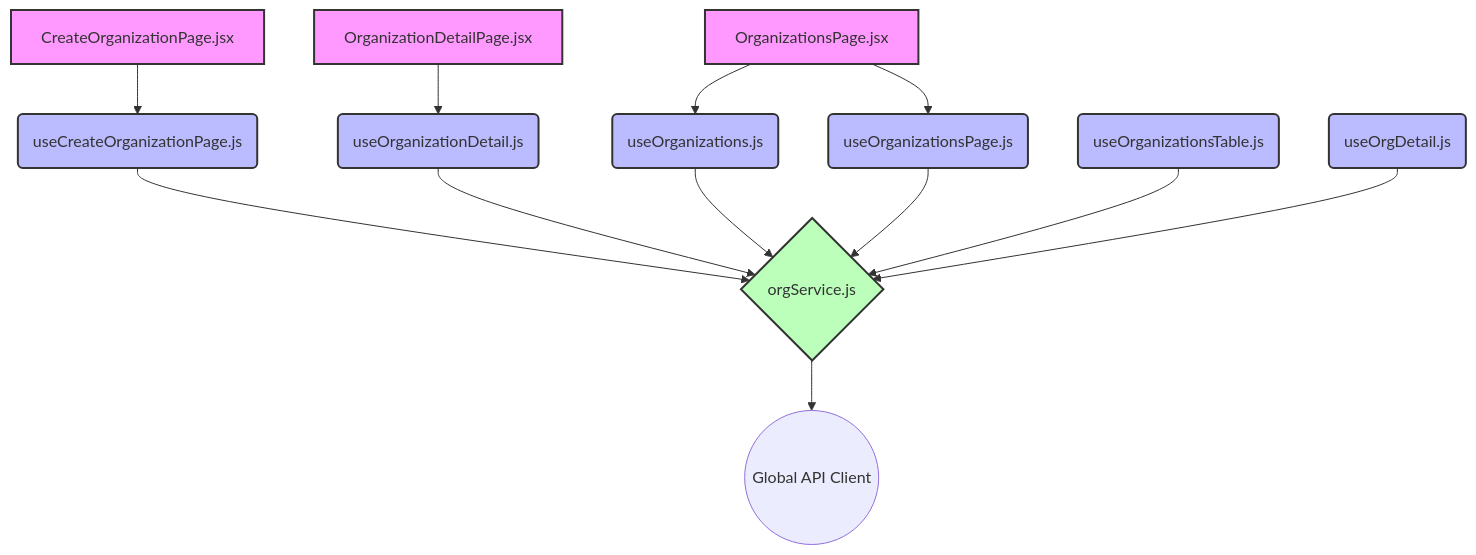
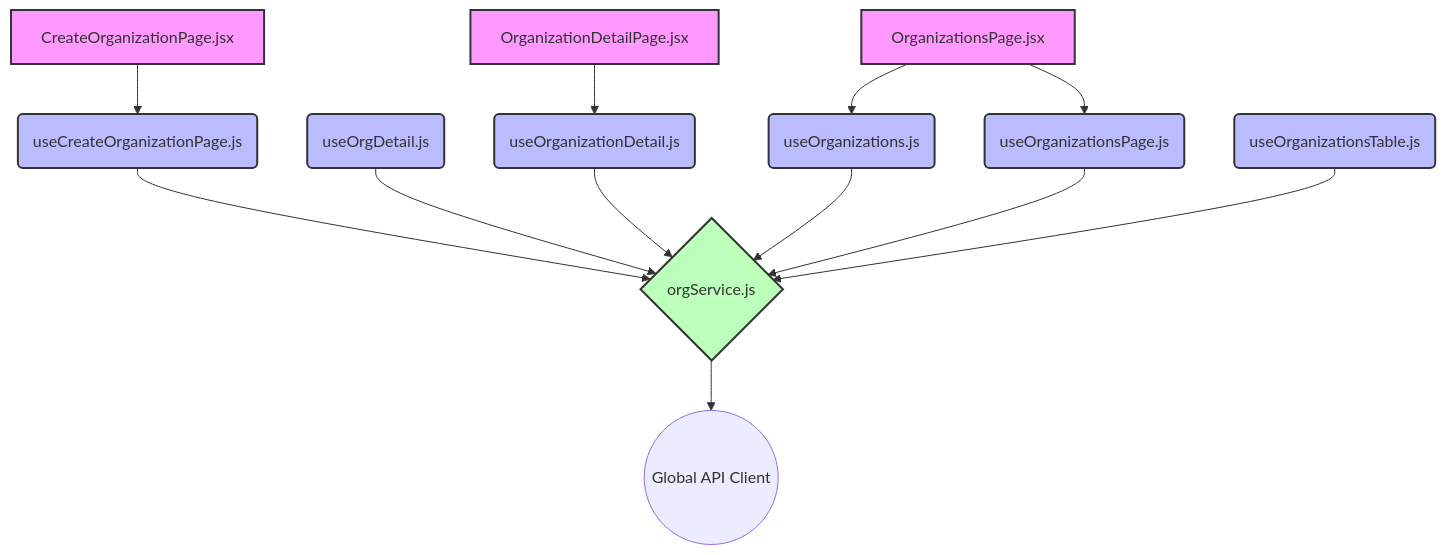
Before and after one commit to nexowebai/nexo-superadmin: the second of 2 diagrams in src/features/organizations/README.md, drawn with Mermaid. The commit also changed other lines of this file and 2 other files, not shown here.

````diff
--- a/src/features/organizations/README.md
+++ b/src/features/organizations/README.md
@@ -30,28 +30,28 @@
 ```mermaid
 graph TD
     classDef page fill:#f9f,stroke:#333,stroke-width:2px;
     classDef hook fill:#bbf,stroke:#333,stroke-width:2px;
     classDef service fill:#bfb,stroke:#333,stroke-width:2px;
 
     CreateOrganizationPage[CreateOrganizationPage.jsx]:::page
     CreateOrganizationPage --> useCreateOrganizationPage
     OrganizationDetailPage[OrganizationDetailPage.jsx]:::page
     OrganizationDetailPage --> useOrganizationDetail
     OrganizationsPage[OrganizationsPage.jsx]:::page
     OrganizationsPage --> useOrganizations
     OrganizationsPage --> useOrganizationsPage
     useCreateOrganizationPage(useCreateOrganizationPage.js):::hook
     useCreateOrganizationPage --> orgService
+    useOrgDetail(useOrgDetail.js):::hook
+    useOrgDetail --> orgService
     useOrganizationDetail(useOrganizationDetail.js):::hook
     useOrganizationDetail --> orgService
     useOrganizations(useOrganizations.js):::hook
     useOrganizations --> orgService
     useOrganizationsPage(useOrganizationsPage.js):::hook
     useOrganizationsPage --> orgService
     useOrganizationsTable(useOrganizationsTable.js):::hook
     useOrganizationsTable --> orgService
-    useOrgDetail(useOrgDetail.js):::hook
-    useOrgDetail --> orgService
     orgService{orgService.js}:::service
     orgService --> API_Client((Global API Client))
 ```
````
